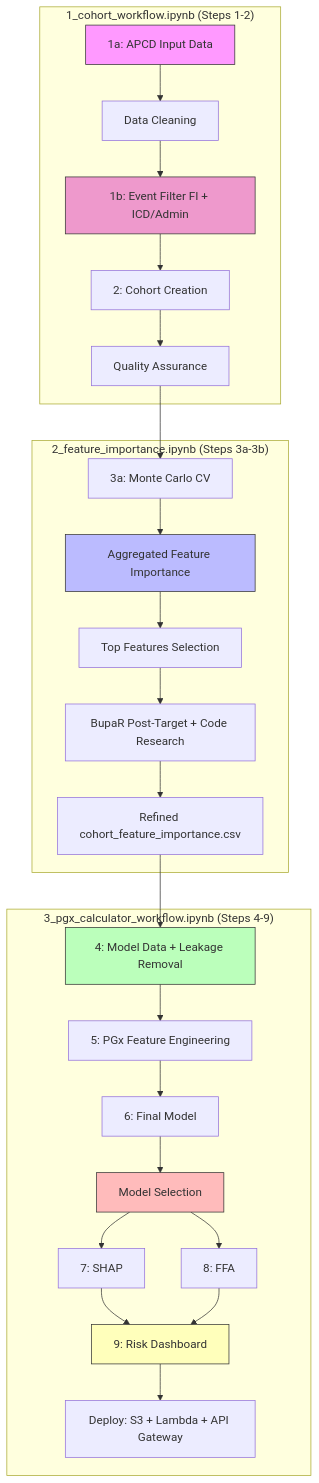
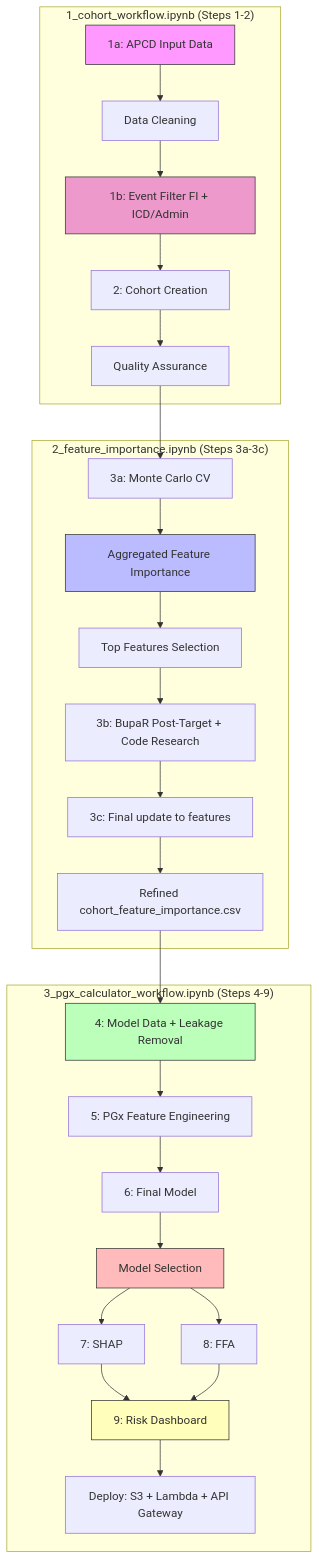
One commit to Jerome3590/pgx-analysis changed the second of 2 diagrams in docs/README_overview.md. Above: the diagram before and after it, drawn with Mermaid. The commit also changed other lines of this file and 12 other files, not shown here.

First line of the commit message:
Make Step 3c required: final update to features passed into Step 4

````diff
--- a/docs/README_overview.md
+++ b/docs/README_overview.md
@@ -119,36 +119,37 @@
 ```mermaid
 flowchart TD
     subgraph W1["1_cohort_workflow.ipynb (Steps 1-2)"]
         A1[1a: APCD Input Data] --> A2[Data Cleaning]
         A2 --> A1b[1b: Event Filter FI + ICD/Admin]
         A1b --> A3[2: Cohort Creation]
         A3 --> A4[Quality Assurance]
     end
 
-    subgraph W2["2_feature_importance.ipynb (Steps 3a-3b)"]
+    subgraph W2["2_feature_importance.ipynb (Steps 3a-3c)"]
         A4 --> B1[3a: Monte Carlo CV]
         B1 --> B2[Aggregated Feature Importance]
         B2 --> B3[Top Features Selection]
-        B3 --> B4[BupaR Post-Target + Code Research]
-        B4 --> B6[Refined cohort_feature_importance.csv]
+        B3 --> B4[3b: BupaR Post-Target + Code Research]
+        B4 --> B5[3c: Final update to features]
+        B5 --> B6[Refined cohort_feature_importance.csv]
     end
 
     subgraph W3["3_pgx_calculator_workflow.ipynb (Steps 4-9)"]
         B6 --> C1[4: Model Data + Leakage Removal]
         C1 --> D1[5: PGx Feature Engineering]
         D1 --> E1[6: Final Model]
         E1 --> E4[Model Selection]
         E4 --> F1[7: SHAP]
         E4 --> F2[8: FFA]
         F1 --> G1[9: Risk Dashboard]
         F2 --> G1
         G1 --> G5[Deploy: S3 + Lambda + API Gateway]
     end
 
     style A1 fill:#f9f,stroke:#333
     style A1b fill:#e9c,stroke:#333
     style B2 fill:#bbf,stroke:#333
     style C1 fill:#bfb,stroke:#333
     style E4 fill:#fbb,stroke:#333
     style G1 fill:#ffb,stroke:#333
 ```
````
